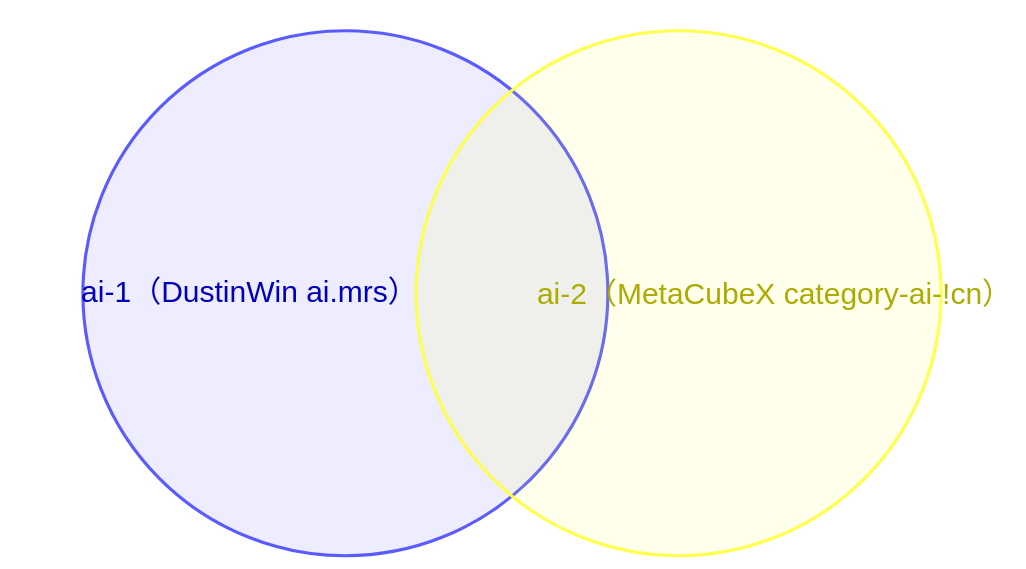
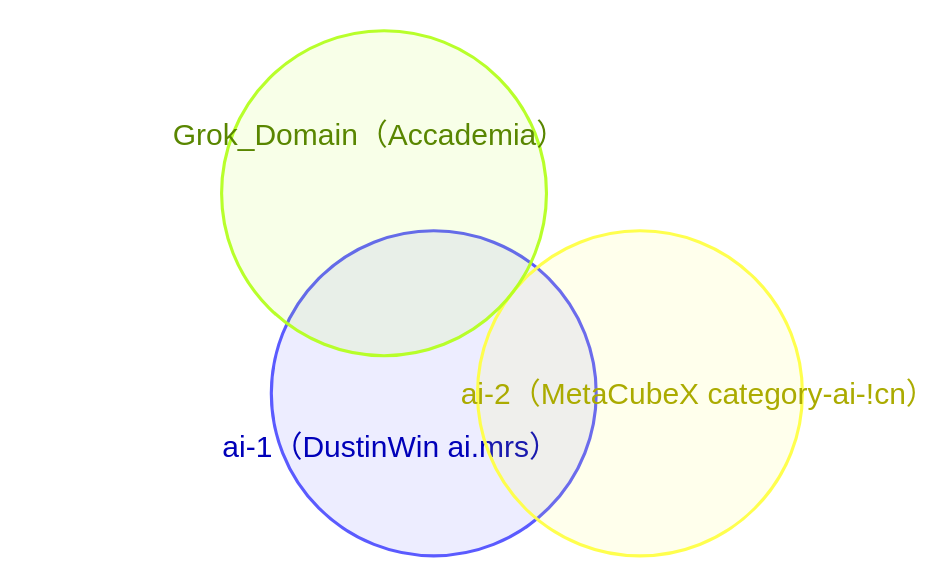
Before and after one commit to XVSVTsama/XVSVT-Clash-Config: the fifth of 5 diagrams in README.md, drawn with Mermaid. The commit also changed other lines of this file, not shown here.

````diff
--- a/README.md
+++ b/README.md
@@ -338,6 +337,8 @@
 ```mermaid
 venn-beta
   set A1["ai-1（DustinWin ai.mrs）"]
   set A2["ai-2（MetaCubeX category-ai-!cn）"]
+  set G["Grok_Domain（Accademia）"]
   union A1,A2
+  union A1,G
 ```
````
